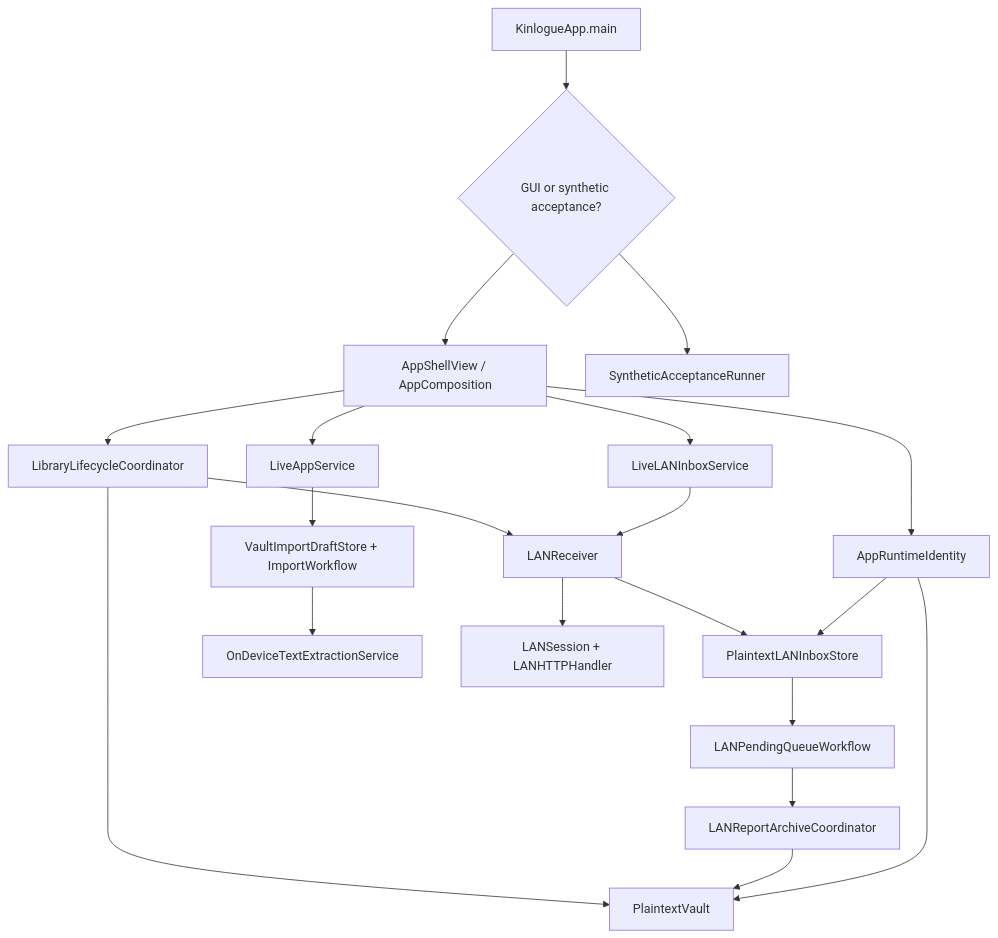
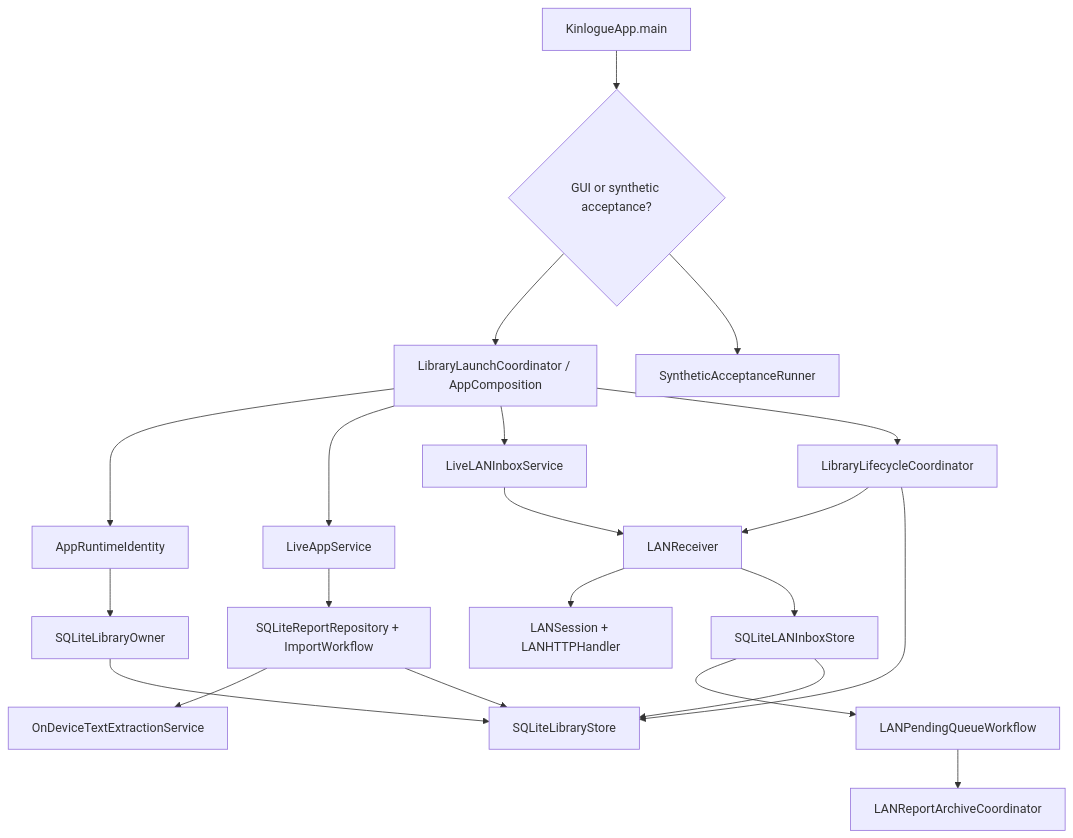
The second of 4 diagrams in docs/architecture.md (renyijiu/kinlogue), drawn with Mermaid before and after one commit. The commit also changed other lines of this file and 317 other files, not shown here.

First line of the commit message:
refactor(storage): move the library to SQLite and remove the JSON store (#21)

````diff
--- a/docs/architecture.md
+++ b/docs/architecture.md
@@ -76,22 +79,23 @@
 ```mermaid
 flowchart TB
   Entry["KinlogueApp.main"] --> Mode{"GUI or synthetic acceptance?"}
-  Mode --> GUI["AppShellView / AppComposition"]
+  Mode --> GUI["LibraryLaunchCoordinator / AppComposition"]
   Mode --> Synthetic["SyntheticAcceptanceRunner"]
   GUI --> Identity["AppRuntimeIdentity"]
-  Identity --> Vault["PlaintextVault"]
-  Identity --> Inbox["PlaintextLANInboxStore"]
+  Identity --> Owner["SQLiteLibraryOwner"]
+  Owner --> Store["SQLiteLibraryStore"]
   GUI --> Data["LiveAppService"]
-  Data --> Import["VaultImportDraftStore + ImportWorkflow"]
+  Data --> Import["SQLiteReportRepository + ImportWorkflow"]
   Import --> OCR["OnDeviceTextExtractionService"]
+  Import --> Store
   GUI --> LANService["LiveLANInboxService"]
   LANService --> Receiver["LANReceiver"]
   Receiver --> Session["LANSession + LANHTTPHandler"]
-  Receiver --> Inbox
+  Receiver --> Inbox["SQLiteLANInboxStore"]
   Inbox --> Queue["LANPendingQueueWorkflow"]
   Queue --> Archive["LANReportArchiveCoordinator"]
-  Archive --> Vault
+  Inbox --> Store
   GUI --> Lifecycle["LibraryLifecycleCoordinator"]
   Lifecycle --> Receiver
-  Lifecycle --> Vault
+  Lifecycle --> Store
 ```
````
